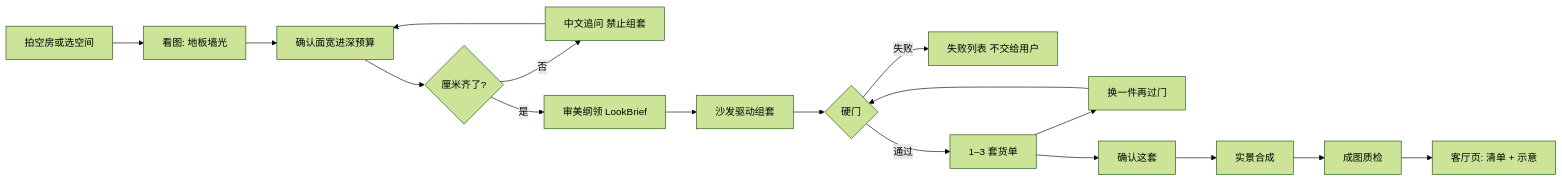
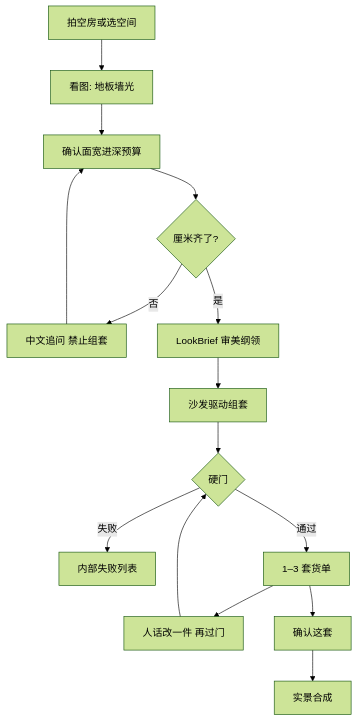
The diagram in README.md (mengtian-7001/this-living-room-intro), drawn with Mermaid (forest theme) before and after one commit. The commit also changed other lines of this file and 2 other files, not shown here.

````diff
--- a/README.md
+++ b/README.md
@@ -40,19 +20,17 @@
 ```mermaid
-flowchart LR
+flowchart TB
   A[拍空房或选空间] --> B[看图: 地板墙光]
   B --> C[确认面宽进深预算]
   C --> D{厘米齐了?}
   D -->|否| E[中文追问 禁止组套]
   E --> C
-  D -->|是| F[审美纲领 LookBrief]
+  D -->|是| F[LookBrief 审美纲领]
   F --> G[沙发驱动组套]
   G --> H{硬门}
-  H -->|失败| I[失败列表 不交给用户]
+  H -->|失败| I[内部失败列表]
   H -->|通过| J[1–3 套货单]
-  J --> K[换一件再过门]
+  J --> K[人话改一件 再过门]
   K --> H
   J --> L[确认这套]
   L --> M[实景合成]
-  M --> N[成图质检]
-  N --> O[客厅页: 清单 + 示意]
 ```
````
